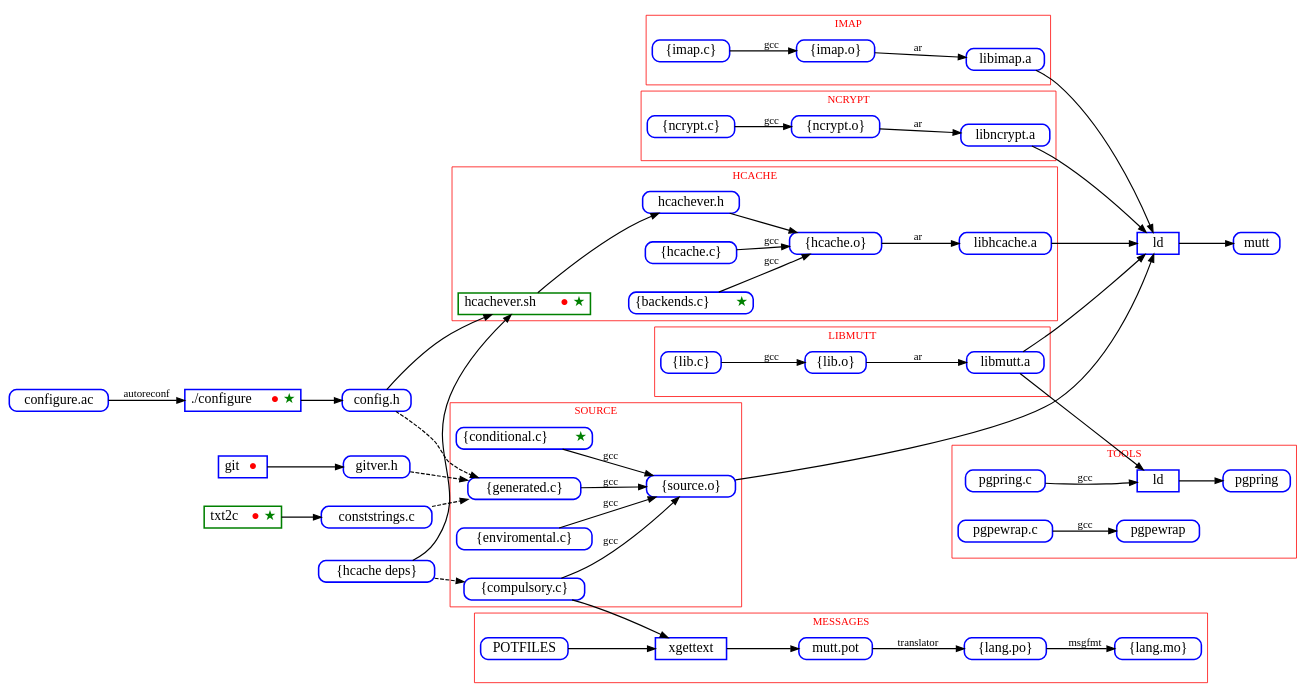
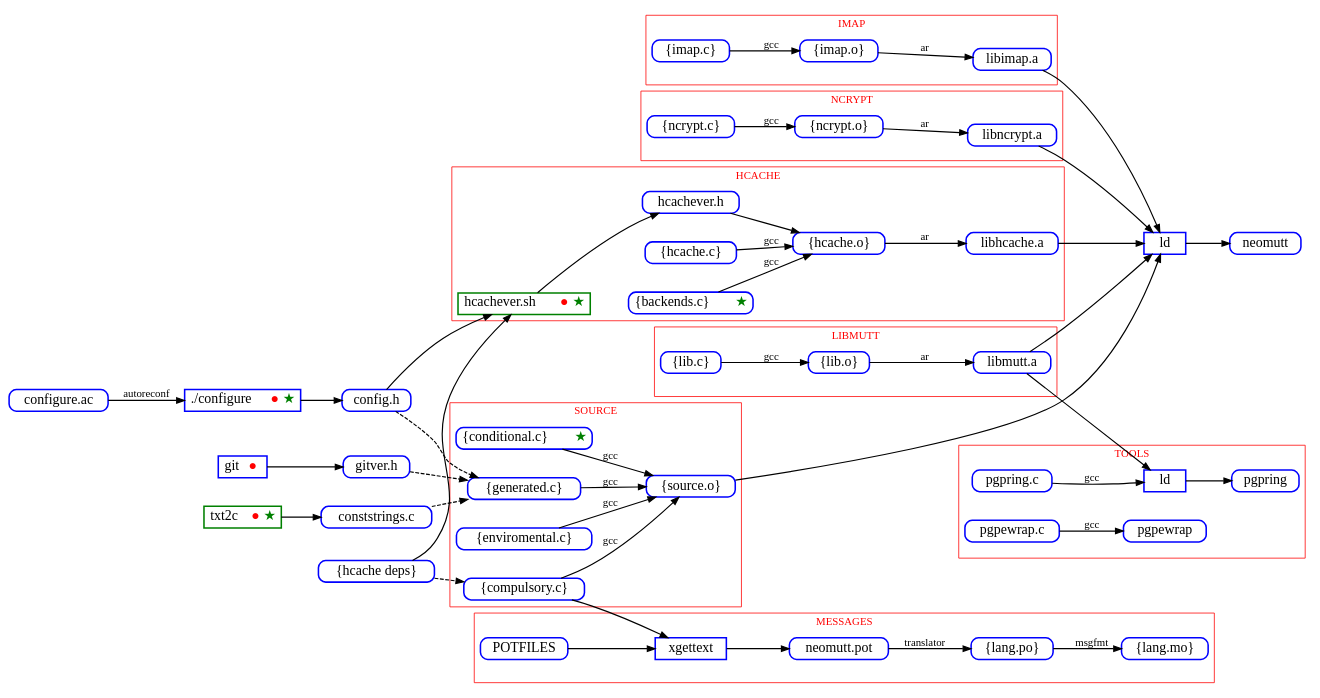
One commit to neomutt/neomutt.github.io changed the diagram in _dev/make-code.gv. Above: the diagram before and after it, drawn with Graphviz. The commit also changed 1 other file, not shown here.

```diff
--- a/_dev/make-code.gv
+++ b/_dev/make-code.gv
@@ -1,165 +1,165 @@
 digraph build {
 	graph [
 		rankdir="LR"
 		nodesep="0.5"
 		ranksep="0.3"
 	];
 
 	node [
 		shape="Mrecord"
 		style="solid"
 		height="0.2"
 		penwidth="2.0"
 		color="blue"
 		fontcolor="black"
 		fontsize="18"
 	];
 
 	edge [
 		penwidth="1.5"
 		color="#000000"
 		arrowsize="1.0"
 	];
 
 
 	configure_ac     [ label="configure.ac"        ]
 	config_h         [ label="config.h"            ]
 	conststrings_c   [ label="conststrings.c"      ]
 	gitver_h         [ label="gitver.h"            ]
 	mutt_h           [ label="\{hcache deps\}"     ]
 
 	dot_configure [ label=<./configure <font color="red">●</font><font color="green">★</font>> shape="box" ]
 	ld_tool       [ label="ld" shape="box" ]
 	git           [ label=<git <font color="red">●</font>> shape="box" ]
 	ld_mutt       [ label="ld" shape="box" ]
 	txt2c         [ label=<txt2c <font color="red">●</font><font color="green">★</font>> color="green" shape="box" ]
 
 	lots_obj -> ld_mutt
-	ld_mutt -> mutt
+	ld_mutt -> neomutt
 
 	dot_configure -> config_h
 	config_h -> generated [ style="dashed" ]
 
 	git -> gitver_h
 	gitver_h -> generated [ style="dashed" ]
 
 	txt2c -> conststrings_c
 	conststrings_c -> generated [ style="dashed" ]
 
 	config_h -> hcachever_sh
 	mutt_h -> hcachever_sh
 	mutt_h -> compulsory [ style="dashed" ]
 
 	subgraph cluster_imap {
 		fontcolor="red"
 		label="IMAP"
 		color="#ff0000"
 
 		lots_imap_c [ label="\{imap.c\}" ]
 		lots_imap_o [ label="\{imap.o\}" ]
 		imap_a      [ label="libimap.a"  ]
 
 		lots_imap_c -> lots_imap_o [ label="gcc" ]
 		lots_imap_o -> imap_a [ label="ar" ]
 	}
 
 	subgraph cluster_ncrypt {
 		fontcolor="red"
 		label="NCRYPT"
 		color="#ff0000"
 
 		lots_ncrypt_c [ label="\{ncrypt.c\}" ]
 		lots_ncrypt_o [ label="\{ncrypt.o\}" ]
 		ncrypt_a      [ label="libncrypt.a"  ]
 
 		lots_ncrypt_c -> lots_ncrypt_o [ label="gcc" ]
 		lots_ncrypt_o -> ncrypt_a [ label="ar" ]
 	}
 
 	subgraph cluster_hcache {
 		fontcolor="red"
 		label="HCACHE"
 		color="#ff0000"
 
 		lots_hcache_c [ label="\{hcache.c\}"                                                                                  ]
 		lots_hcache_o [ label="\{hcache.o\}"                                                                                  ]
 		backends_c    [ label=<\{backends.c\} <font color="green">★</font>>                                                   ]
 		hcachever_h   [ label="hcachever.h"                                                                                   ]
 		hcachever_sh  [ label=<hcachever.sh <font color="red">●</font><font color="green">★</font>> color="green" shape="box" ]
 		hcache_a      [ label="libhcache.a"                                                                                   ]
 
 		hcachever_sh  -> hcachever_h
 		hcachever_h   -> lots_hcache_o
 		backends_c    -> lots_hcache_o [ label="gcc" ]
 		lots_hcache_c -> lots_hcache_o [ label="gcc" ]
 		lots_hcache_o -> hcache_a      [ label="ar"  ]
 	}
 
 	subgraph cluster_source {
 		fontcolor="red"
 		label="SOURCE"
 		color="#ff0000"
 
 		compulsory   [ label="\{compulsory.c\}"                               ]
 		conditional  [ label=<\{conditional.c\} <font color="green">★</font>> ]
 		enviromental [ label="\{enviromental.c\}"                             ]
 		generated    [ label="\{generated.c\}"                                ]
 		lots_obj     [ label="\{source.o\}"                                   ]
 
 		compulsory   -> lots_obj [ label="gcc" ]
 		conditional  -> lots_obj [ label="gcc" ]
 		enviromental -> lots_obj [ label="gcc" ]
 		generated    -> lots_obj [ label="gcc" ]
 	}
 
 	subgraph cluster_messages {
 		fontcolor="red"
 		label="MESSAGES"
 		color="#ff0000"
 
 		lots_mo          [ label="\{lang.mo\}"          ]
 		lots_po          [ label="\{lang.po\}"          ]
-		mutt_pot         [ label="mutt.pot"             ]
+		neomutt_pot      [ label="neomutt.pot"             ]
 		xgettext         [ label="xgettext" shape="box" ]
 
 		POTFILES         -> xgettext
 		compulsory       -> xgettext
-		xgettext         -> mutt_pot
-		mutt_pot         -> lots_po [ label="translator" ]
+		xgettext         -> neomutt_pot
+		neomutt_pot      -> lots_po [ label="translator" ]
 		lots_po          -> lots_mo [ label="msgfmt" ]
 	}
 
 	subgraph cluster_libmutt {
 		fontcolor="red"
 		label="LIBMUTT"
 		color="#ff0000"
 
 		lots_lib_c [ label="\{lib.c\}" ]
 		lots_lib_o [ label="\{lib.o\}" ]
 		mutt_a     [ label="libmutt.a" ]
 
 		lots_lib_c -> lots_lib_o [ label="gcc" ]
 		lots_lib_o -> mutt_a [ label="ar" ]
 	}
 
 	subgraph cluster_tools {
 		fontcolor="red"
 		label="TOOLS"
 		color="#ff0000"
 
 		pgpewrap_src [ label="pgpewrap.c" ]
 		pgpring_src  [ label="pgpring.c"  ]
 
 		pgpewrap_src -> pgpewrap [ label="gcc" ]
 		mutt_a       -> ld_tool
 		pgpring_src  -> ld_tool [ label="gcc" ]
 		ld_tool      -> pgpring
 	}
 
 	hcache_a -> ld_mutt
 	imap_a -> ld_mutt
 	mutt_a -> ld_mutt
 	ncrypt_a -> ld_mutt
 
 	configure_ac -> dot_configure [ label="autoreconf" ]
 }
```
